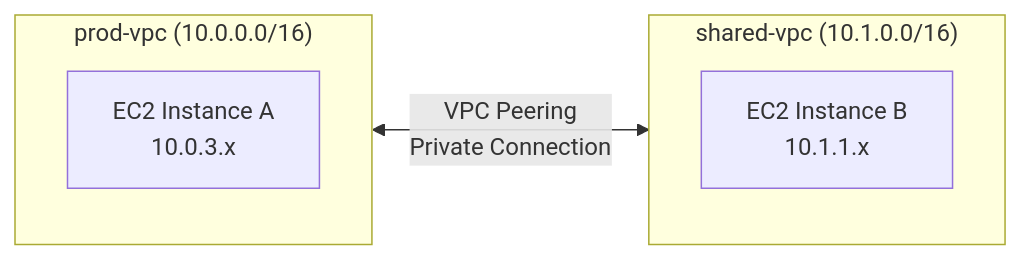
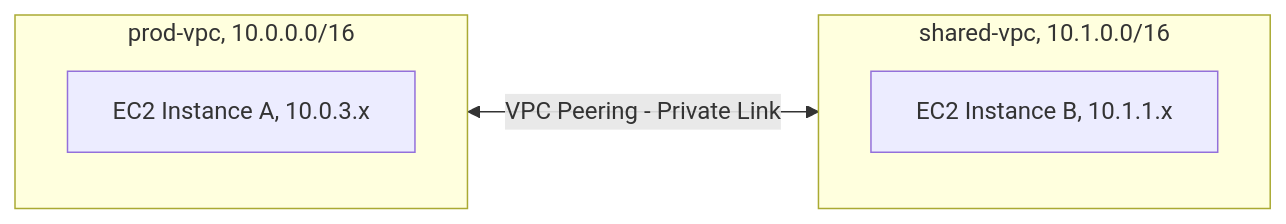
The seventh of 7 diagrams in aws-lambda-masterclass/chapters/Chapter_04_Amazon_VPC.md (DeeptiShuklaProject/Uday_AWS), drawn with Mermaid before and after one commit. The commit also changed other lines of this file and 2 other files, not shown here.

Commit message:
Add Practical Lab 09 and enhance VPC practicals in Chapter 04

````diff
--- a/aws-lambda-masterclass/chapters/Chapter_04_Amazon_VPC.md
+++ b/aws-lambda-masterclass/chapters/Chapter_04_Amazon_VPC.md
@@ -1316,10 +2028,10 @@
 ```mermaid
 flowchart LR
-    subgraph VPC_A["prod-vpc (10.0.0.0/16)"]
-        EC2_A[EC2 Instance A<br>10.0.3.x]
+    subgraph VPC_A["prod-vpc, 10.0.0.0/16"]
+        EC2_A["EC2 Instance A, 10.0.3.x"]
     end
-    subgraph VPC_B["shared-vpc (10.1.0.0/16)"]
-        EC2_B[EC2 Instance B<br>10.1.1.x]
+    subgraph VPC_B["shared-vpc, 10.1.0.0/16"]
+        EC2_B["EC2 Instance B, 10.1.1.x"]
     end
-    VPC_A <-->|VPC Peering<br>Private Connection| VPC_B
+    VPC_A <-->|"VPC Peering - Private Link"| VPC_B
 ```
````
